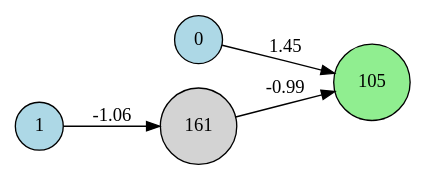
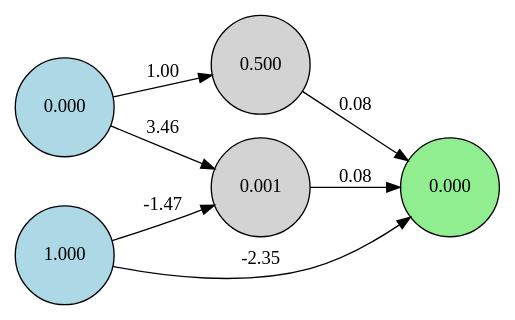
Before and after one commit to UTMIST-x-AIW/Unity-NEAT: the diagram in NEAT/Visualization/visualizations/species_8_gen_5.dot, drawn with Graphviz. The commit also changed 422 other files, not shown here.

```diff
--- a/NEAT/Visualization/visualizations/species_8_gen_5.dot
+++ b/NEAT/Visualization/visualizations/species_8_gen_5.dot
@@ -1,11 +1,15 @@
 digraph neat {
   rankdir=LR;
   node [shape=circle];
-  node0 [label="0", style=filled, fillcolor=lightblue];
-  node1 [label="1", style=filled, fillcolor=lightblue];
-  node105 [label="105", style=filled, fillcolor=lightgreen];
-  node161 [label="161", style=filled, fillcolor=lightgray];
-  node1 -> node161 [label="-1.06"];
-  node161 -> node105 [label="-0.99"];
-  node0 -> node105 [label="1.45"];
+  node0 [label="0.000", style=filled, fillcolor=lightblue];
+  node1 [label="1.000", style=filled, fillcolor=lightblue];
+  node42 [label="0.000", style=filled, fillcolor=lightgreen];
+  node186 [label="0.001", style=filled, fillcolor=lightgray];
+  node230 [label="0.500", style=filled, fillcolor=lightgray];
+  node1 -> node42 [label="-2.35"];
+  node0 -> node186 [label="3.46"];
+  node186 -> node42 [label="0.08"];
+  node0 -> node230 [label="1.00"];
+  node230 -> node42 [label="0.08"];
+  node1 -> node186 [label="-1.47"];
 }
```
